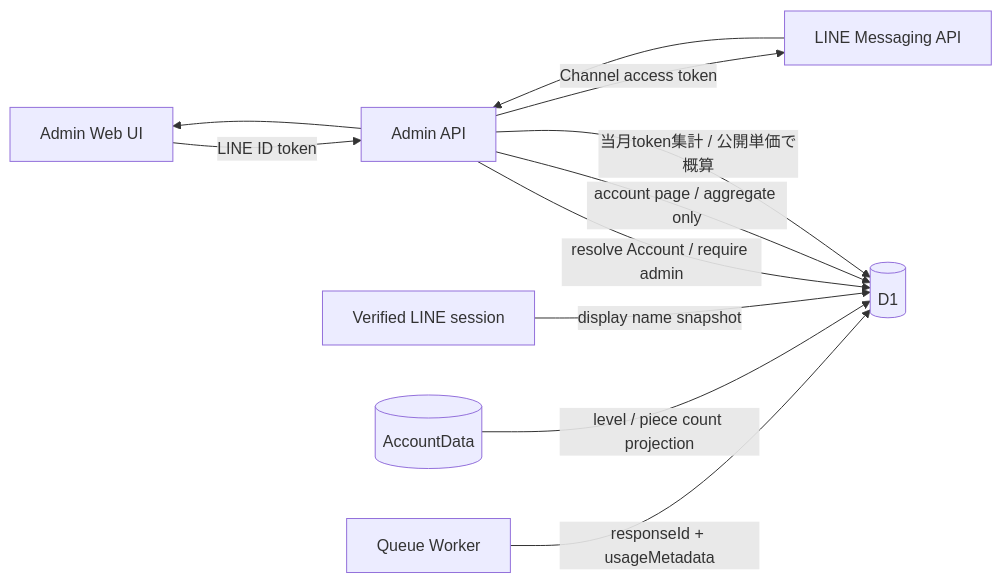
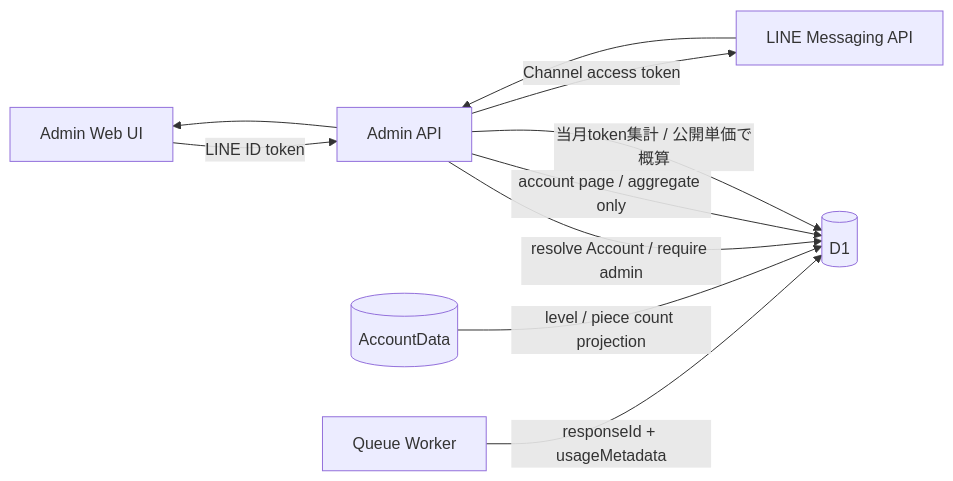
The diagram in docs/architecture/admin-statistics-dashboard.md (kkyosuke/me-builder), drawn with Mermaid before and after one commit. The commit also changed other lines of this file and 46 other files, not shown here.

````diff
--- a/docs/architecture/admin-statistics-dashboard.md
+++ b/docs/architecture/admin-statistics-dashboard.md
@@ -129,13 +130,12 @@
 ```mermaid
 flowchart LR
     A[Admin Web UI] -->|LINE ID token| API[Admin API]
     API -->|resolve Account / require admin| D1[(D1)]
-    LIFF[Verified LINE session] -->|display name snapshot| D1
     AD[(AccountData)] -->|level / piece count projection| D1
     API -->|account page / aggregate only| D1
     W[Queue Worker] -->|responseId + usageMetadata| D1
     API -->|当月token集計 / 公開単価で概算| D1
     API -->|Channel access token| LINE[LINE Messaging API]
     LINE --> API
     API --> A
 ```
````
